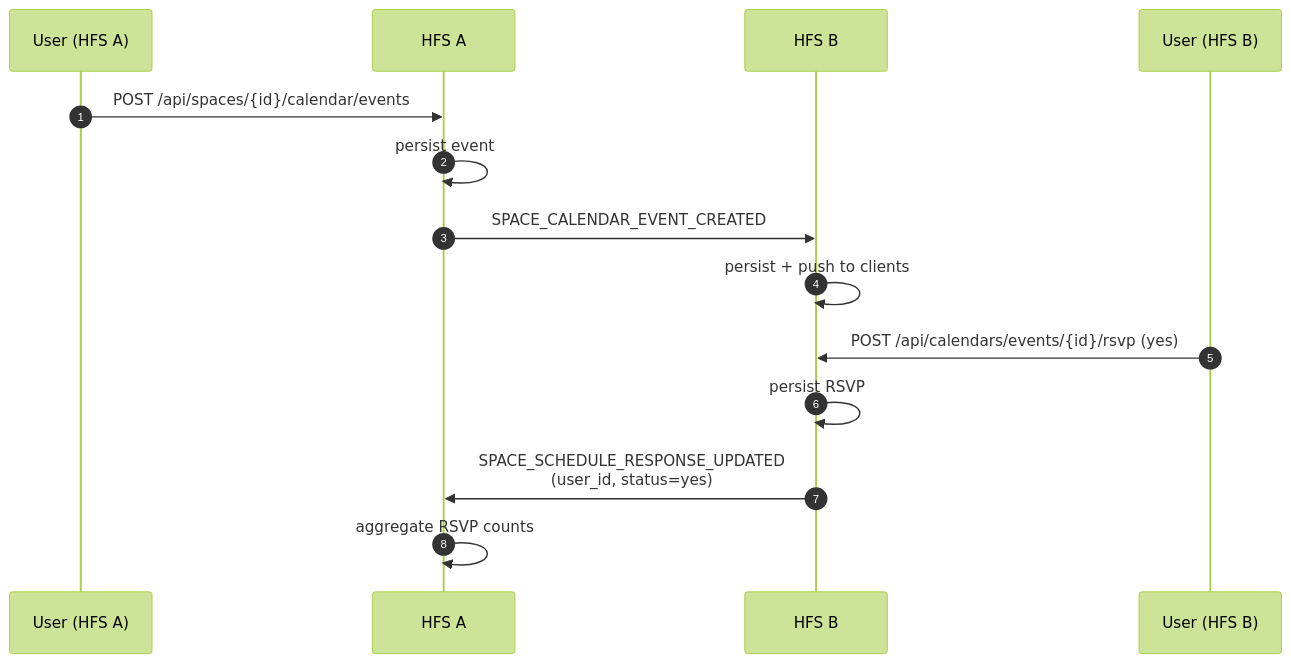
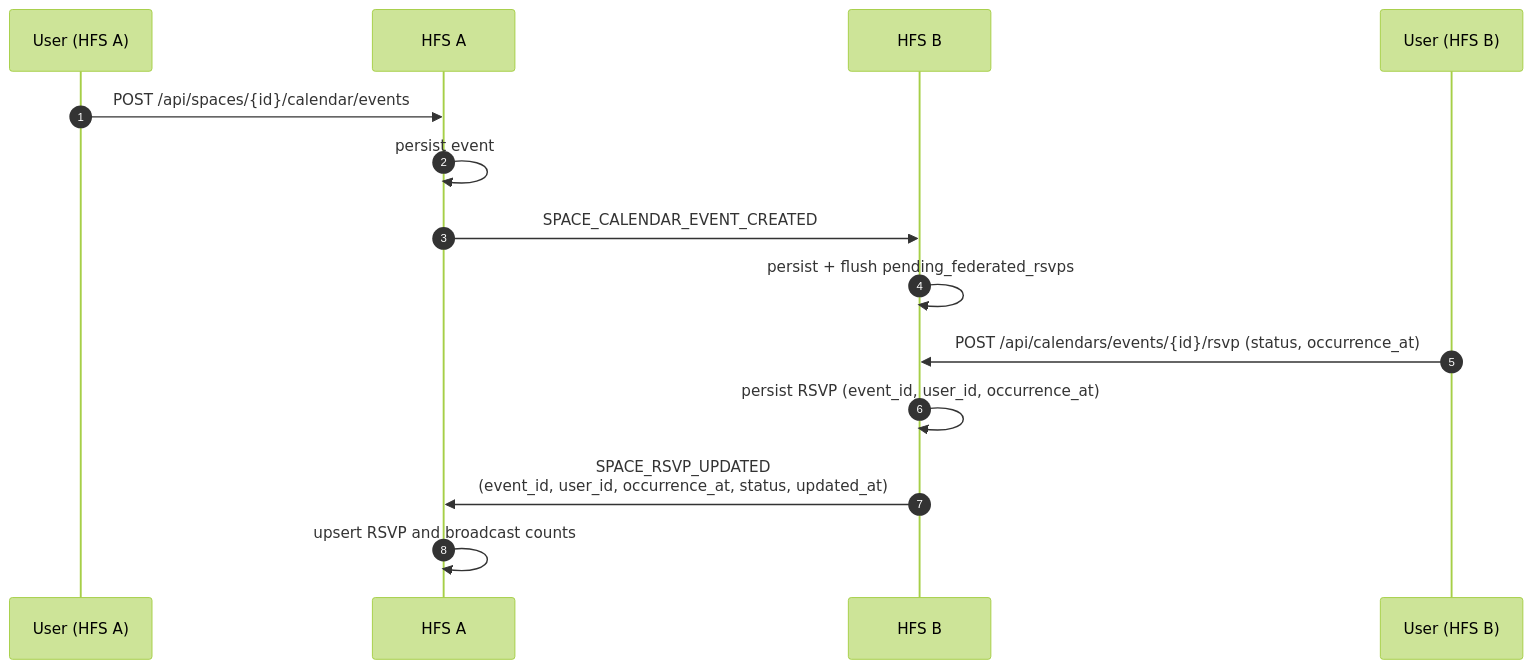
Before and after one commit to social-home-io/socialhome: the diagram in docs/protocol/calendar.md, drawn with Mermaid (forest theme). The commit also changed other lines of this file and 36 other files, not shown here.

First line of the commit message:
Calendar event RSVPs: federation, capacity, feed surface, reminders, iCal (#33)

````diff
--- a/docs/protocol/calendar.md
+++ b/docs/protocol/calendar.md
@@ -20,16 +23,16 @@
 ```mermaid
 sequenceDiagram
     autonumber
     participant U as User (HFS A)
     participant A as HFS A
     participant B as HFS B
     participant V as User (HFS B)
     U->>A: POST /api/spaces/{id}/calendar/events
     A->>A: persist event
     A->>B: SPACE_CALENDAR_EVENT_CREATED
-    B->>B: persist + push to clients
-    V->>B: POST /api/calendars/events/{id}/rsvp (yes)
-    B->>B: persist RSVP
-    B->>A: SPACE_SCHEDULE_RESPONSE_UPDATED<br/>(user_id, status=yes)
-    A->>A: aggregate RSVP counts
+    B->>B: persist + flush pending_federated_rsvps
+    V->>B: POST /api/calendars/events/{id}/rsvp (status, occurrence_at)
+    B->>B: persist RSVP (event_id, user_id, occurrence_at)
+    B->>A: SPACE_RSVP_UPDATED<br/>(event_id, user_id, occurrence_at, status, updated_at)
+    A->>A: upsert RSVP and broadcast counts
 ```
````
